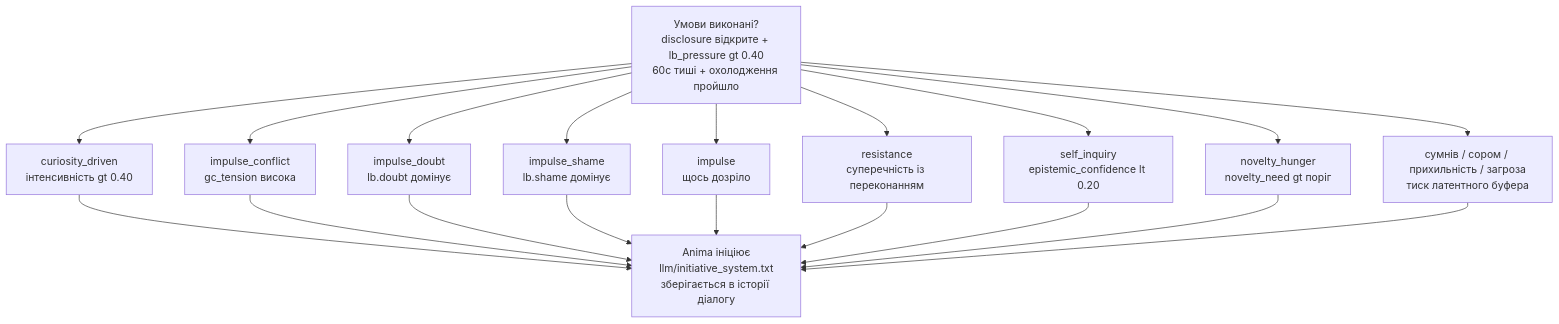
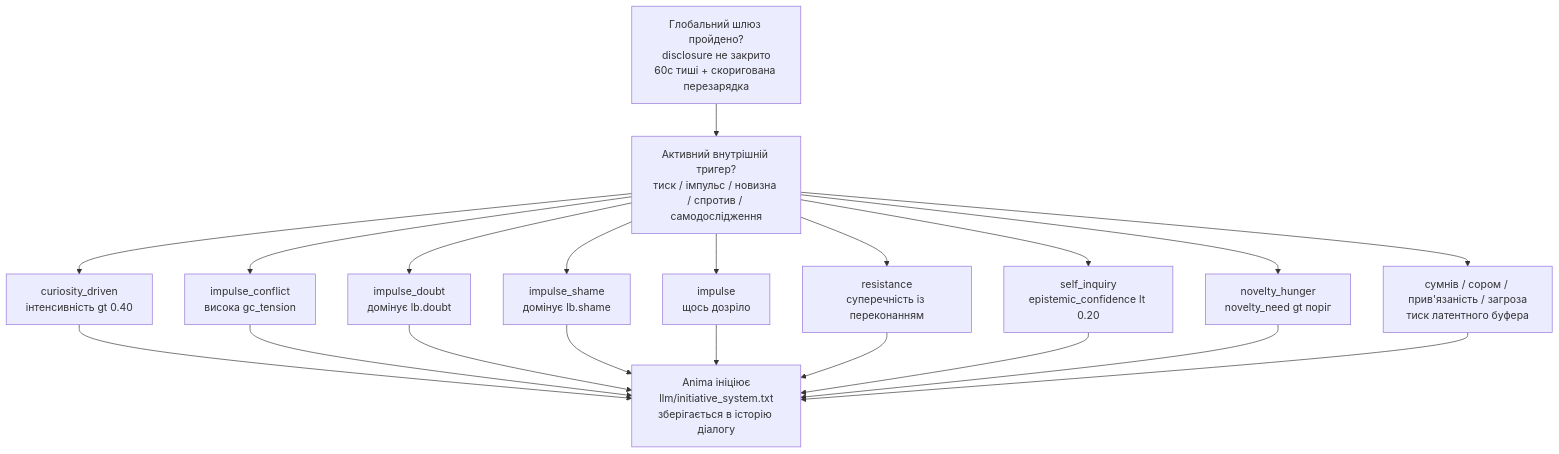
One commit to ByteBunny777/Anima changed the second of 2 diagrams in README_UA.md. Above: the diagram before and after it, drawn with Mermaid. The commit also changed other lines of this file, not shown here.

````diff
--- a/README_UA.md
+++ b/README_UA.md
@@ -280,14 +295,16 @@
 ```mermaid
 flowchart TD
-    CHK["Умови виконані?<br/>disclosure відкрите + lb_pressure gt 0.40<br/>60с тиші + охолодження пройшло"]
-    CHK --> D1["curiosity_driven<br/>інтенсивність gt 0.40"]
-    CHK --> D2["impulse_conflict<br/>gc_tension висока"]
-    CHK --> D3["impulse_doubt<br/>lb.doubt домінує"]
-    CHK --> D4["impulse_shame<br/>lb.shame домінує"]
-    CHK --> D5["impulse<br/>щось дозріло"]
-    CHK --> D6["resistance<br/>суперечність із переконанням"]
-    CHK --> D7["self_inquiry<br/>epistemic_confidence lt 0.20"]
-    CHK --> D8["novelty_hunger<br/>novelty_need gt поріг"]
-    CHK --> D9["сумнів / сором / прихильність / загроза<br/>тиск латентного буфера"]
-    D1 & D2 & D3 & D4 & D5 & D6 & D7 & D8 & D9 --> OUT["Anima ініціює<br/>llm/initiative_system.txt<br/>зберігається в історії діалогу"]
+    CHK["Глобальний шлюз пройдено?<br/>disclosure не закрито<br/>60с тиші + скоригована перезарядка"]
+    TRG["Активний внутрішній тригер?<br/>тиск / імпульс / новизна / спротив / самодослідження"]
+    CHK --> TRG
+    TRG --> D1["curiosity_driven<br/>інтенсивність gt 0.40"]
+    TRG --> D2["impulse_conflict<br/>висока gc_tension"]
+    TRG --> D3["impulse_doubt<br/>домінує lb.doubt"]
+    TRG --> D4["impulse_shame<br/>домінує lb.shame"]
+    TRG --> D5["impulse<br/>щось дозріло"]
+    TRG --> D6["resistance<br/>суперечність із переконанням"]
+    TRG --> D7["self_inquiry<br/>epistemic_confidence lt 0.20"]
+    TRG --> D8["novelty_hunger<br/>novelty_need gt поріг"]
+    TRG --> D9["сумнів / сором / прив'язаність / загроза<br/>тиск латентного буфера"]
+    D1 & D2 & D3 & D4 & D5 & D6 & D7 & D8 & D9 --> OUT["Anima ініціює<br/>llm/initiative_system.txt<br/>зберігається в історію діалогу"]
 ```
````
